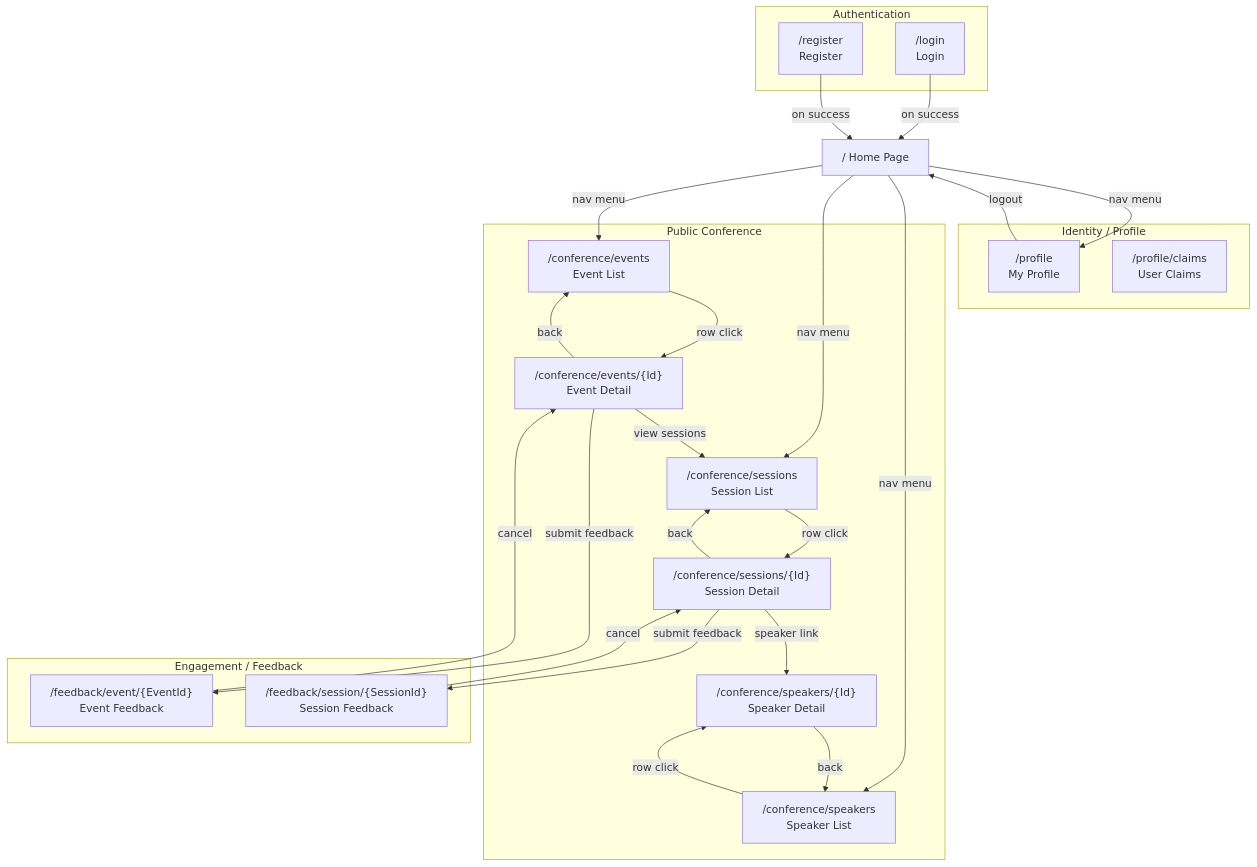
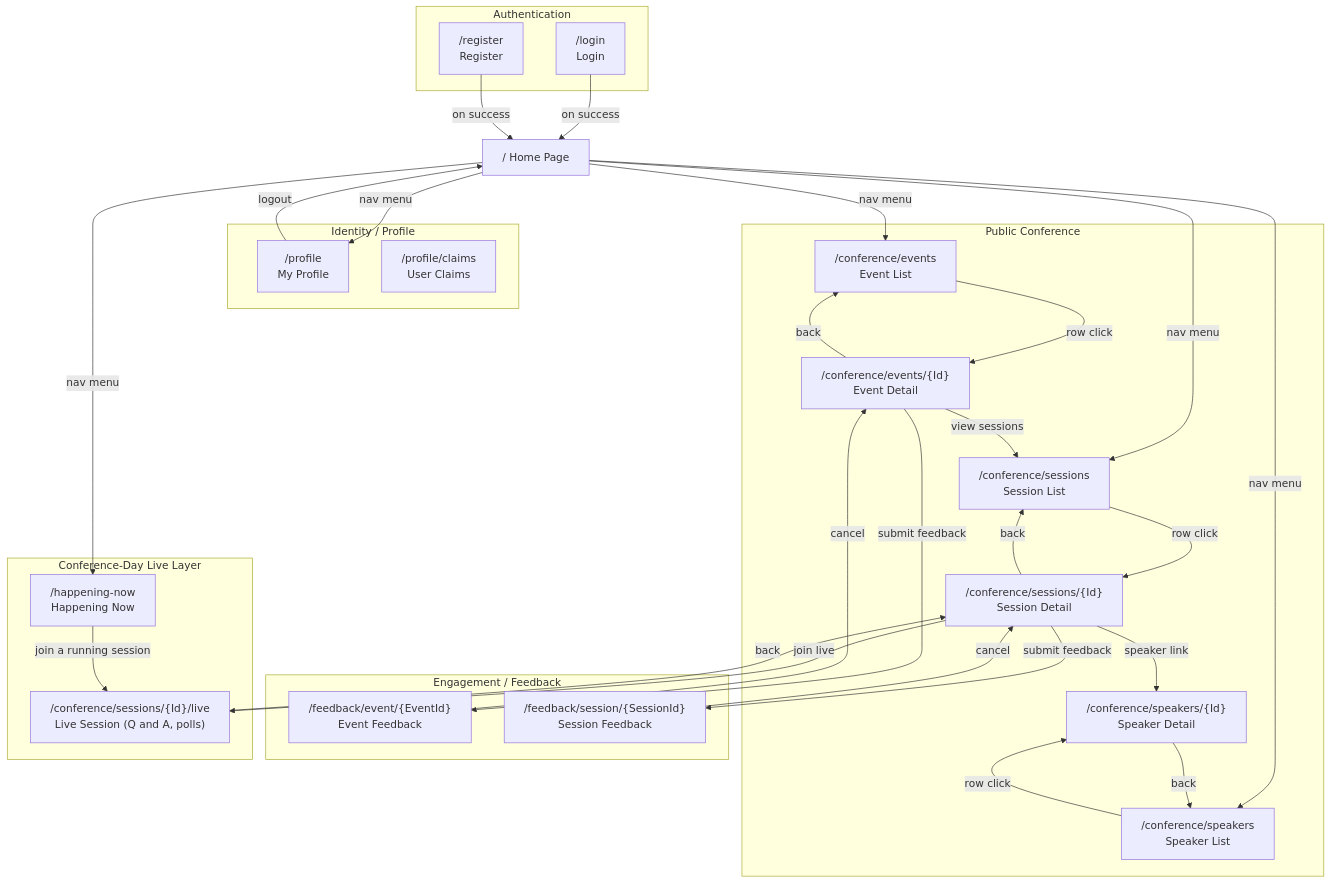
One commit to ivanball/ivanball.github.io changed the second of 11 diagrams in docs-src/guides/adc-NavigationFlow.md. Above: the diagram before and after it, drawn with Mermaid. The commit also changed other lines of this file and 82 other files, not shown here.

````diff
--- a/docs-src/guides/adc-NavigationFlow.md
+++ b/docs-src/guides/adc-NavigationFlow.md
@@ -67,53 +67,63 @@
 ```mermaid
 flowchart TD
     subgraph Auth["Authentication"]
         Login["/login<br/>Login"]
         Register["/register<br/>Register"]
     end
 
     subgraph Profile["Identity / Profile"]
         MyProfile["/profile<br/>My Profile"]
         Claims["/profile/claims<br/>User Claims"]
     end
 
     subgraph Public["Public Conference"]
         PubEvents["/conference/events<br/>Event List"]
         PubEventDetail["/conference/events/{Id}<br/>Event Detail"]
         PubSessions["/conference/sessions<br/>Session List"]
         PubSessionDetail["/conference/sessions/{Id}<br/>Session Detail"]
         PubSpeakers["/conference/speakers<br/>Speaker List"]
         PubSpeakerDetail["/conference/speakers/{Id}<br/>Speaker Detail"]
     end
 
     subgraph Engagement["Engagement / Feedback"]
         EventFeedback["/feedback/event/{EventId}<br/>Event Feedback"]
         SessionFeedback["/feedback/session/{SessionId}<br/>Session Feedback"]
     end
 
+    subgraph Live["Conference-Day Live Layer"]
+        HappeningNow["/happening-now<br/>Happening Now"]
+        SessionLive["/conference/sessions/{Id}/live<br/>Live Session (Q and A, polls)"]
+    end
+
     Home["/  Home Page"]
 
     Home -->|nav menu| PubEvents
     Home -->|nav menu| PubSessions
     Home -->|nav menu| PubSpeakers
     Home -->|nav menu| MyProfile
+    Home -->|nav menu| HappeningNow
+
+    HappeningNow -->|join a running session| SessionLive
+    PubSessionDetail -->|join live| SessionLive
+    SessionLive -->|back| PubSessionDetail
 
     Login -->|on success| Home
     Register -->|on success| Home
     MyProfile -->|logout| Home
 
     PubEvents -->|row click| PubEventDetail
     PubEventDetail -->|back| PubEvents
     PubEventDetail -->|view sessions| PubSessions
     PubEventDetail -->|submit feedback| EventFeedback
 
     PubSessions -->|row click| PubSessionDetail
     PubSessionDetail -->|back| PubSessions
     PubSessionDetail -->|speaker link| PubSpeakerDetail
     PubSessionDetail -->|submit feedback| SessionFeedback
 
     PubSpeakers -->|row click| PubSpeakerDetail
     PubSpeakerDetail -->|back| PubSpeakers
 
     EventFeedback -->|cancel| PubEventDetail
     SessionFeedback -->|cancel| PubSessionDetail
 ```
````
